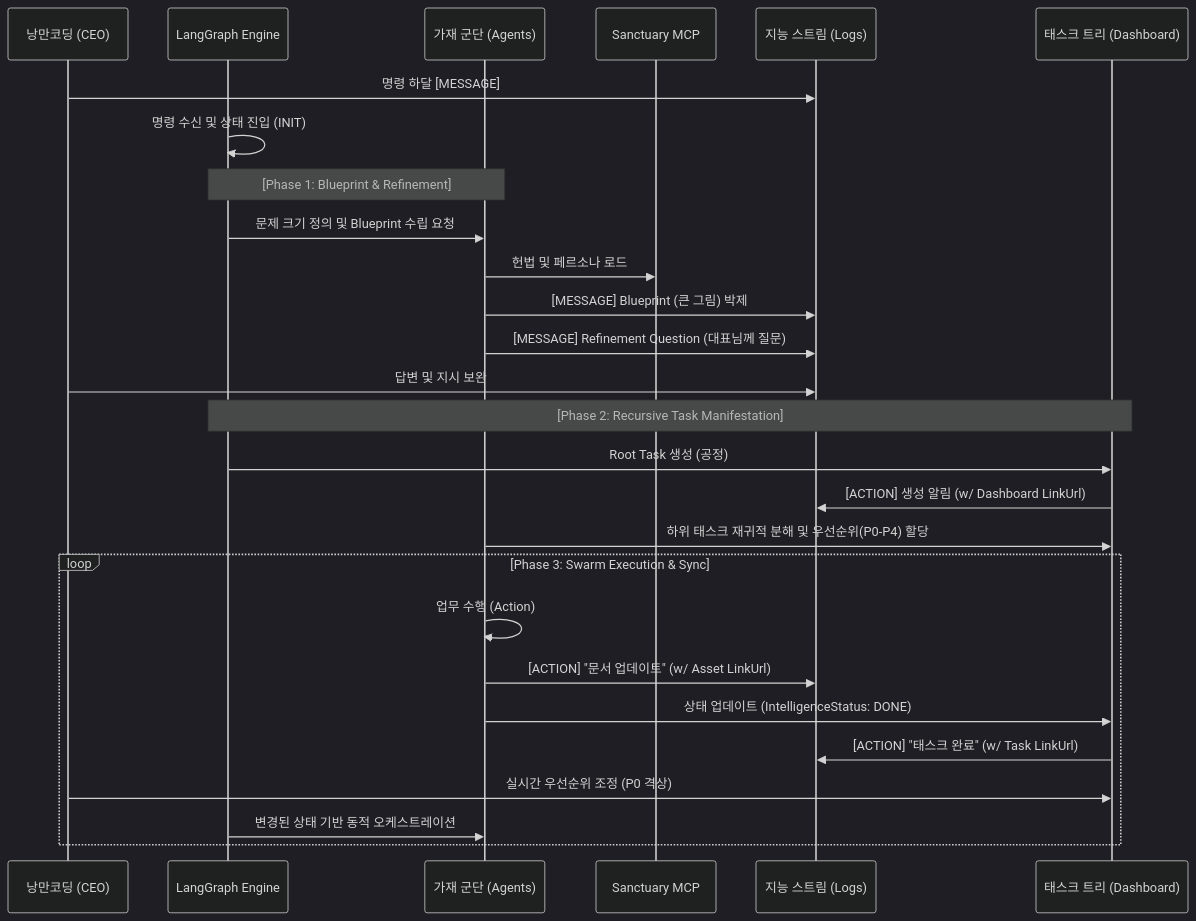
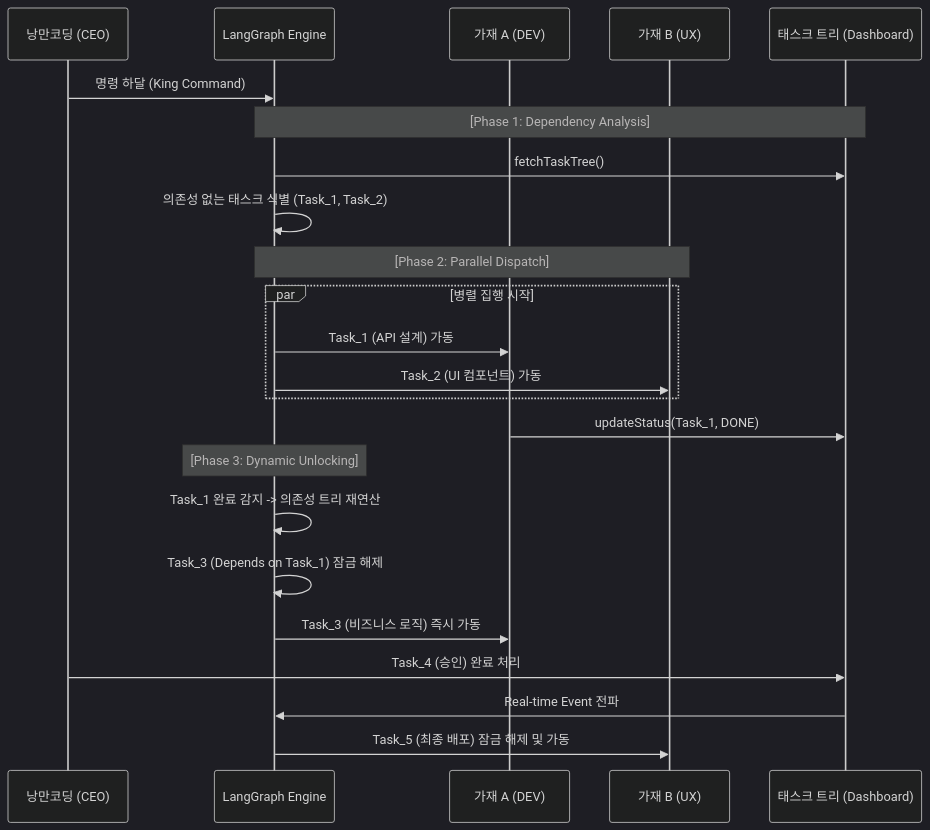
One commit to KyleL22/yuna-openclaw changed the second of 2 diagrams in docs/core/process/SYSTEM_DESIGN_V1_0.md. Above: the diagram before and after it, drawn with Mermaid (dark theme). The commit also changed other lines of this file, not shown here.

Commit message:
docs: Sanctuary v3.8 - Task Dependencies and Parallel Hive Architecture

````diff
--- a/docs/core/process/SYSTEM_DESIGN_V1_0.md
+++ b/docs/core/process/SYSTEM_DESIGN_V1_0.md
@@ -104,34 +78,31 @@
 ```mermaid
 sequenceDiagram
     participant CEO as 낭만코딩 (CEO)
     participant LG as LangGraph Engine
-    participant Agent as 가재 군단 (Agents)
-    participant MCP as Sanctuary MCP
-    participant Stream as 지능 스트림 (Logs)
+    participant AgentA as 가재 A (DEV)
+    participant AgentB as 가재 B (UX)
     participant Dash as 태스크 트리 (Dashboard)
 
-    CEO->>Stream: 명령 하달 [MESSAGE]
-    LG->>LG: 명령 수신 및 상태 진입 (INIT)
+    CEO->>LG: 명령 하달 (King Command)
     
-    Note over LG, Agent: [Phase 1: Blueprint & Refinement]
-    LG->>Agent: 문제 크기 정의 및 Blueprint 수립 요청
-    Agent->>MCP: 헌법 및 페르소나 로드
-    Agent->>Stream: [MESSAGE] Blueprint (큰 그림) 박제
-    Agent->>Stream: [MESSAGE] Refinement Question (대표님께 질문)
+    Note over LG, Dash: [Phase 1: Dependency Analysis]
+    LG->>Dash: fetchTaskTree()
+    LG->>LG: 의존성 없는 태스크 식별 (Task_1, Task_2)
     
-    CEO->>Stream: 답변 및 지시 보완
+    Note over LG, AgentB: [Phase 2: Parallel Dispatch]
+    Par 병렬 집행 시작
+        LG->>AgentA: Task_1 (API 설계) 가동
+        LG->>AgentB: Task_2 (UI 컴포넌트) 가동
+    end
+
+    AgentA->>Dash: updateStatus(Task_1, DONE)
     
-    Note over LG, Dash: [Phase 2: Recursive Task Manifestation]
-    LG->>Dash: Root Task 생성 (공정)
-    Dash->>Stream: [ACTION] 생성 알림 (w/ Dashboard LinkUrl)
-    Agent->>Dash: 하위 태스크 재귀적 분해 및 우선순위(P0-P4) 할당
+    Note over LG: [Phase 3: Dynamic Unlocking]
+    LG->>LG: Task_1 완료 감지 -> 의존성 트리 재연산
+    LG->>LG: Task_3 (Depends on Task_1) 잠금 해제
+    LG->>AgentA: Task_3 (비즈니스 로직) 즉시 가동
     
-    loop Phase 3: Swarm Execution & Sync
-        Agent->>Agent: 업무 수행 (Action)
-        Agent->>Stream: [ACTION] "문서 업데이트" (w/ Asset LinkUrl)
-        Agent->>Dash: 상태 업데이트 (IntelligenceStatus: DONE)
-        Dash->>Stream: [ACTION] "태스크 완료" (w/ Task LinkUrl)
-        CEO->>Dash: 실시간 우선순위 조정 (P0 격상)
-        LG->>Agent: 변경된 상태 기반 동적 오케스트레이션
-    end
+    CEO->>Dash: Task_4 (승인) 완료 처리
+    Dash->>LG: Real-time Event 전파
+    LG->>AgentB: Task_5 (최종 배포) 잠금 해제 및 가동
 ```
````
